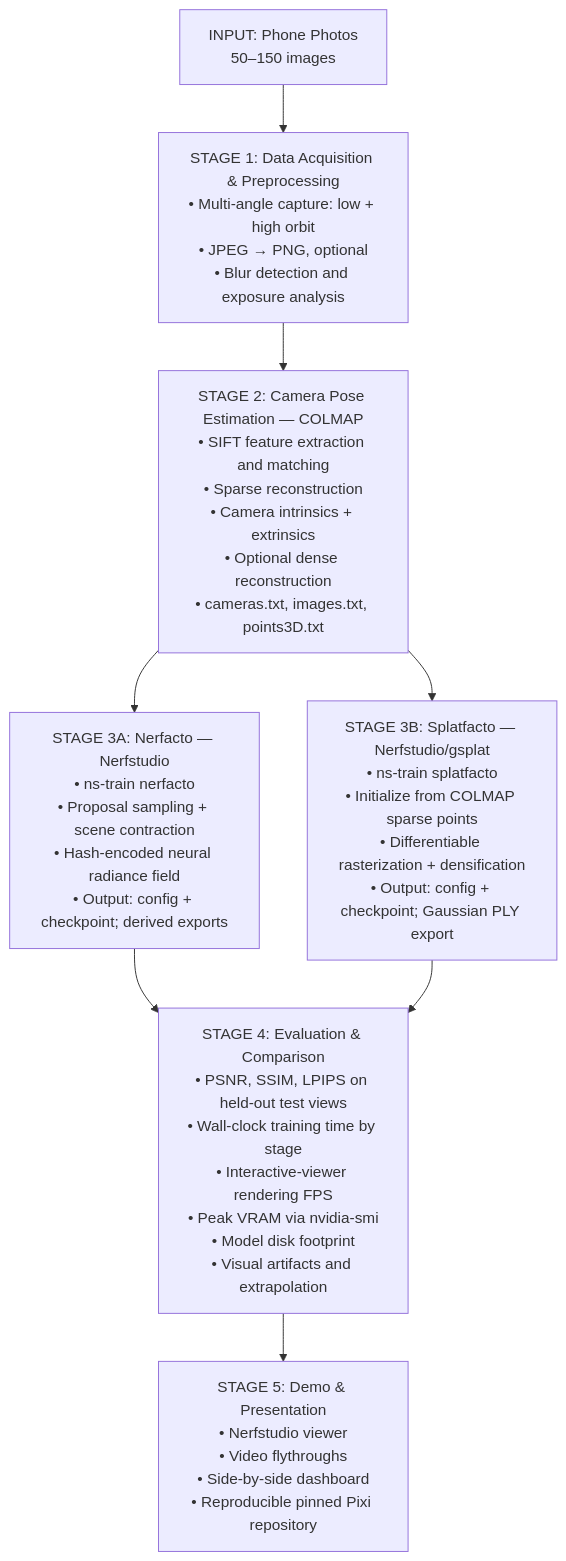
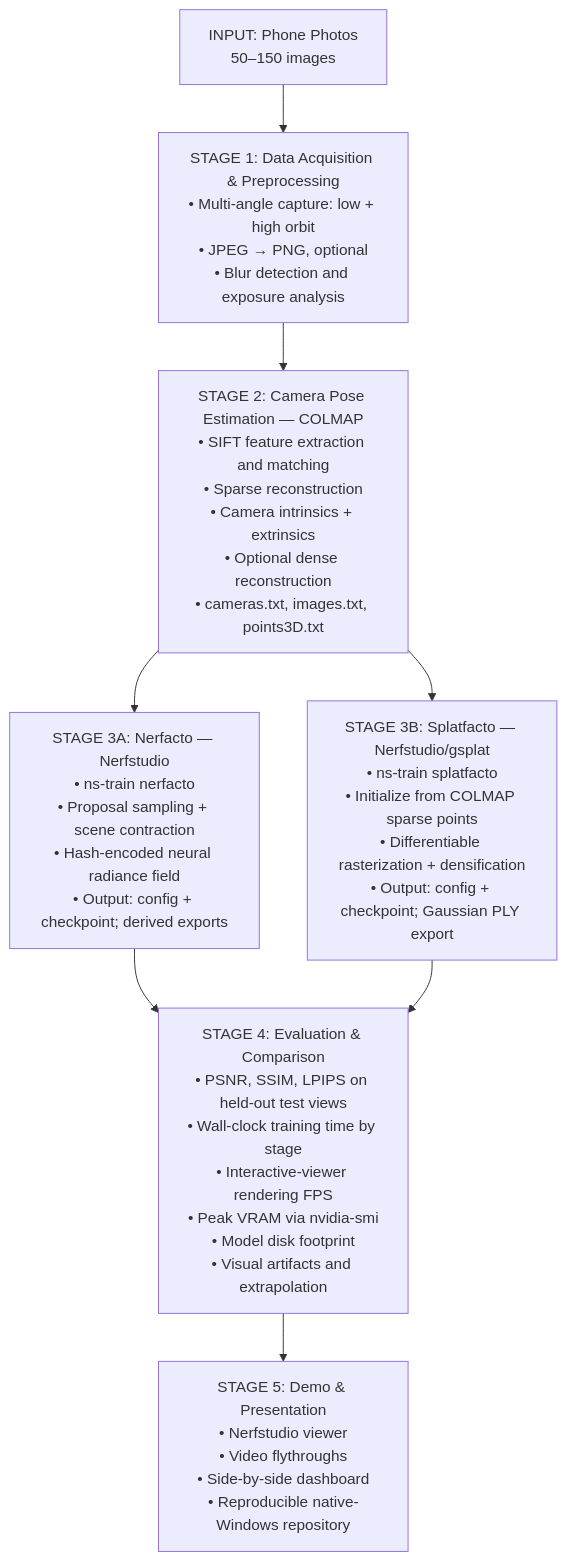
One commit to HelcurtLordno1/Photos_to_3d-NeRF-and-guassian-splatting changed the diagram in README.md. Above: the diagram before and after it, drawn with Mermaid. The commit also changed other lines of this file and 37 other files, not shown here.

````diff
--- a/README.md
+++ b/README.md
@@ -152,10 +152,10 @@
 ```mermaid
 flowchart TD
     A["INPUT: Phone Photos<br/>50–150 images"] --> B["STAGE 1: Data Acquisition & Preprocessing<br/>• Multi-angle capture: low + high orbit<br/>• JPEG → PNG, optional<br/>• Blur detection and exposure analysis"]
     B --> C["STAGE 2: Camera Pose Estimation — COLMAP<br/>• SIFT feature extraction and matching<br/>• Sparse reconstruction<br/>• Camera intrinsics + extrinsics<br/>• Optional dense reconstruction<br/>• cameras.txt, images.txt, points3D.txt"]
     C --> D["STAGE 3A: Nerfacto — Nerfstudio<br/>• ns-train nerfacto<br/>• Proposal sampling + scene contraction<br/>• Hash-encoded neural radiance field<br/>• Output: config + checkpoint; derived exports"]
     C --> E["STAGE 3B: Splatfacto — Nerfstudio/gsplat<br/>• ns-train splatfacto<br/>• Initialize from COLMAP sparse points<br/>• Differentiable rasterization + densification<br/>• Output: config + checkpoint; Gaussian PLY export"]
     D --> F["STAGE 4: Evaluation & Comparison<br/>• PSNR, SSIM, LPIPS on held-out test views<br/>• Wall-clock training time by stage<br/>• Interactive-viewer rendering FPS<br/>• Peak VRAM via nvidia-smi<br/>• Model disk footprint<br/>• Visual artifacts and extrapolation"]
     E --> F
-    F --> G["STAGE 5: Demo & Presentation<br/>• Nerfstudio viewer<br/>• Video flythroughs<br/>• Side-by-side dashboard<br/>• Reproducible pinned Pixi repository"]
+    F --> G["STAGE 5: Demo & Presentation<br/>• Nerfstudio viewer<br/>• Video flythroughs<br/>• Side-by-side dashboard<br/>• Reproducible native-Windows repository"]
 ```
````
